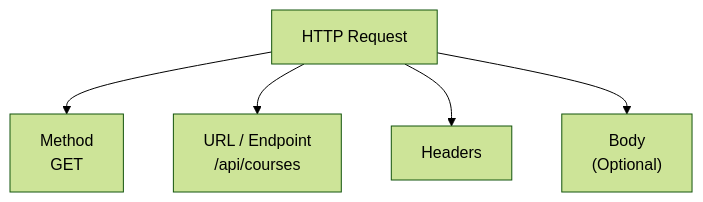
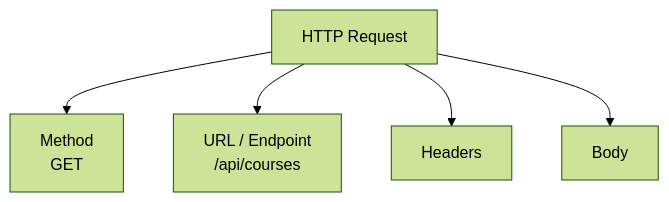
Before and after one commit to reltronersk/skill-wanderer-progress-documentation: the first of 5 diagrams in module-0-1/README.md, drawn with Mermaid (forest theme).

````diff
--- a/module-0-1/README.md
+++ b/module-0-1/README.md
@@ -29,8 +29,8 @@
 ```mermaid
 flowchart TB
     A["HTTP Request"]
     A --> B["Method<br/>GET"]
     A --> C["URL / Endpoint<br/>/api/courses"]
     A --> D["Headers"]
-    A --> E["Body<br/>(Optional)"]
+    A --> E["Body"]
 ```
````
